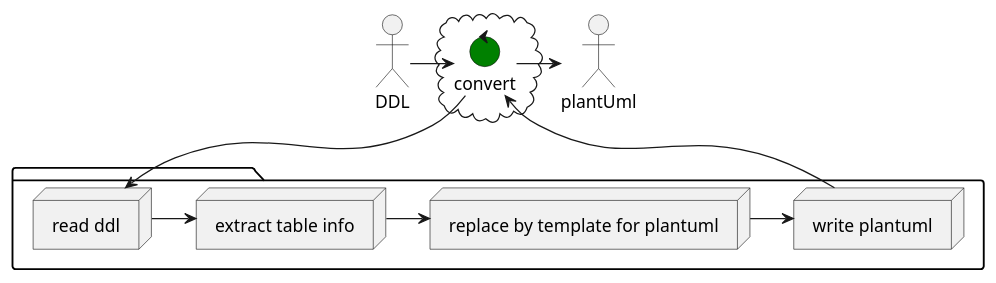
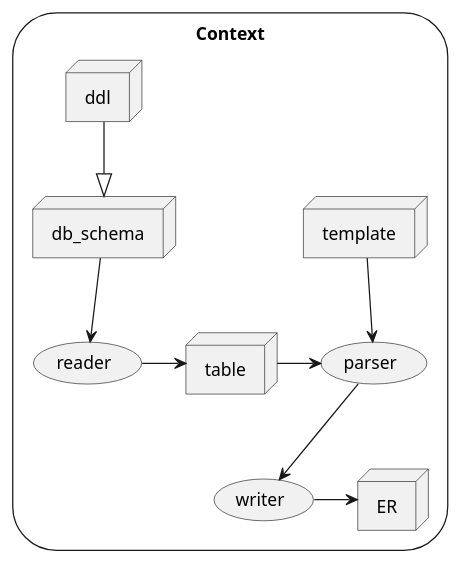
The first of 2 diagrams in README.md (wangyuheng/ddl2plantuml), drawn with PlantUML before and after one commit. The commit also changed other lines of this file, not shown here.

Commit message:
edit readme 方案

````diff
--- a/README.md
+++ b/README.md
@@ -27,26 +28,19 @@
 ```plantuml
-
-actor DDL
-actor plantUml
-
-cloud {
-    control convert #green
+storage "Context" {
+    node ddl
+    node db_schema
+    node ER
+    node template
+    node table
+    usecase parser
+    usecase reader
+    usecase writer
 }
-
-package {
-    node "read ddl" AS step1
-    node "extract table info" AS step2
-    node "replace by template for plantuml" AS step3
-    node "write plantuml" AS step4
-}
-
-DDL -right-> convert
-convert -right-> plantUml
-
-convert -down-> step1
-step1 -right-> step2 
-step2 -right-> step3
-step3 -right-> step4
-step4 -left-> convert
-
+ddl -down-|> db_schema
+db_schema -down-> reader
+reader -> table
+table -> parser
+parser <-up- template
+parser -down-> writer
+writer -> ER
 ```
````
